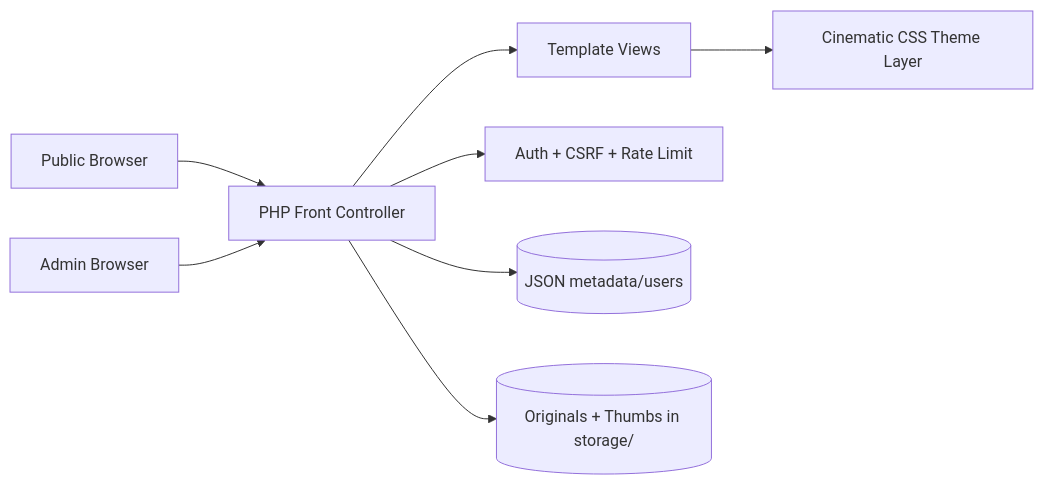
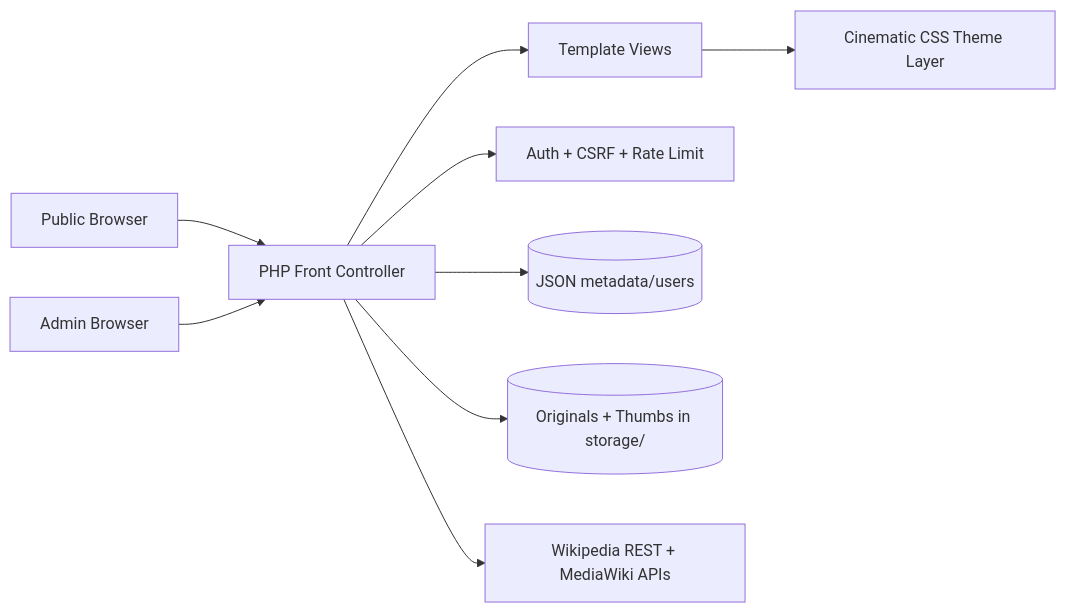
The third of 3 diagrams in README.md (smeird/images), drawn with Mermaid before and after one commit. The commit also changed other lines of this file and 3 other files, not shown here.

````diff
--- a/README.md
+++ b/README.md
@@ -134,10 +137,11 @@
 ```mermaid
 graph LR
   U[Public Browser] --> APP[PHP Front Controller]
   A[Admin Browser] --> APP
   APP --> VIEWS[Template Views]
   VIEWS --> THEME[Cinematic CSS Theme Layer]
   APP --> SEC[Auth + CSRF + Rate Limit]
   APP --> DATA[(JSON metadata/users)]
   APP --> IMG[(Originals + Thumbs in storage/)]
+  APP --> WIKI[Wikipedia REST + MediaWiki APIs]
 ```
````
